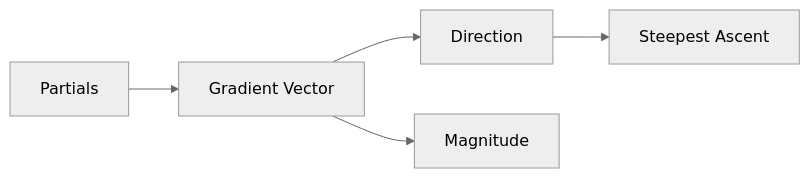
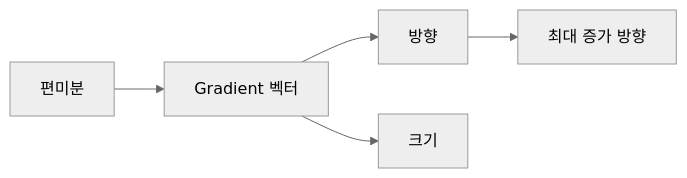
Before and after one commit to yeongseon-books/book-content: the diagram in content/calculus-for-ml-101/ko/04-gradient.md, drawn with Mermaid (neutral theme). The commit also changed other lines of this file and 6 other files, not shown here.

````diff
--- a/content/calculus-for-ml-101/ko/04-gradient.md
+++ b/content/calculus-for-ml-101/ko/04-gradient.md
@@ -33,7 +49,7 @@
 ```mermaid
 flowchart LR
-    P[Partials] --> G[Gradient Vector]
-    G --> D[Direction]
-    G --> M[Magnitude]
-    D --> S[Steepest Ascent]
+    P[편미분] --> G[Gradient 벡터]
+    G --> D[방향]
+    G --> M[크기]
+    D --> S[최대 증가 방향]
 ```
````
